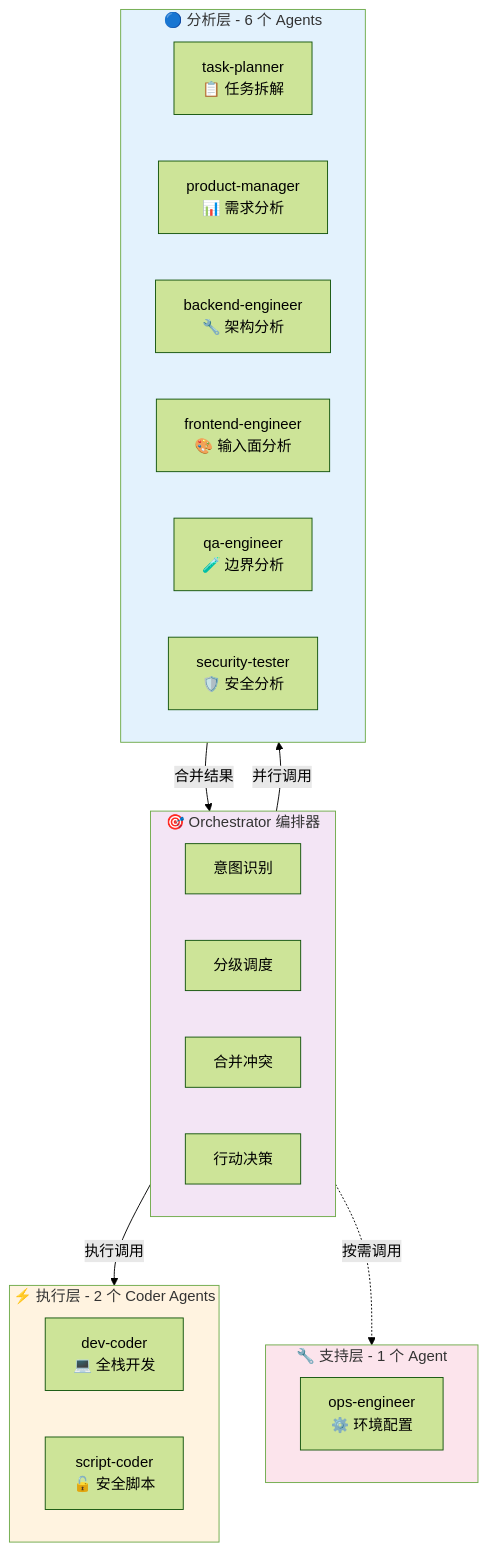
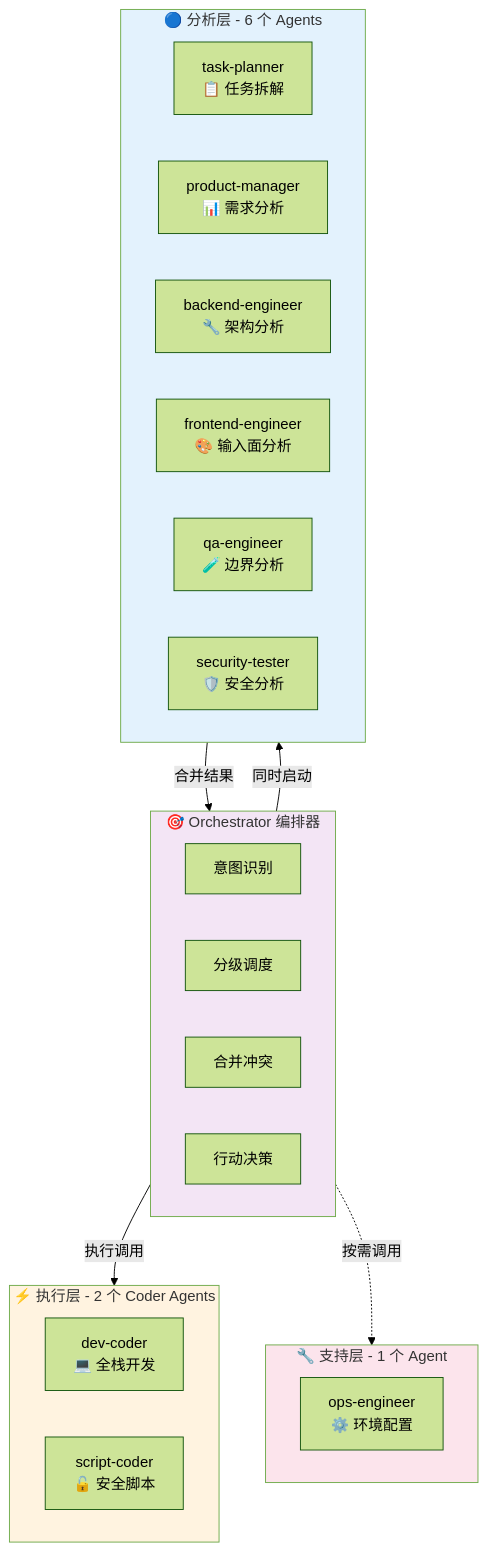
The fourth of 7 diagrams in ARCHITECTURE.md (xxipv6/claudeSandBox), drawn with Mermaid (forest theme) before and after one commit. The commit also changed other lines of this file, not shown here.

First line of the commit message:
docs: 更新 ARCHITECTURE.md - 修正分级调度和统一术语

````diff
--- a/ARCHITECTURE.md
+++ b/ARCHITECTURE.md
@@ -191,38 +218,38 @@
 ```mermaid
 graph TB
     subgraph Orchestrator["🎯 Orchestrator 编排器"]
         Direction[意图识别]
         Schedule[分级调度]
         Merge[合并冲突]
         Decision[行动决策]
     end
 
     subgraph Analysis["🔵 分析层 - 6 个 Agents"]
         TP[task-planner<br/>📋 任务拆解]
         PM[product-manager<br/>📊 需求分析]
         BE[backend-engineer<br/>🔧 架构分析]
         FE[frontend-engineer<br/>🎨 输入面分析]
         QE[qa-engineer<br/>🧪 边界分析]
         ST[security-tester<br/>🛡️ 安全分析]
     end
 
     subgraph Execution["⚡ 执行层 - 2 个 Coder Agents"]
         DC[dev-coder<br/>💻 全栈开发]
         SC[script-coder<br/>🔓 安全脚本]
     end
 
     subgraph Support["🔧 支持层 - 1 个 Agent"]
         OE[ops-engineer<br/>⚙️ 环境配置]
     end
 
-    Orchestrator -->|并行调用| Analysis
+    Orchestrator -->|同时启动| Analysis
     Orchestrator -->|执行调用| Execution
     Orchestrator -.->|按需调用| Support
 
     Analysis -->|合并结果| Orchestrator
 
     style Orchestrator fill:#f3e5f5
     style Analysis fill:#e3f2fd
     style Execution fill:#fff3e0
     style Support fill:#fce4ec
 ```
````
